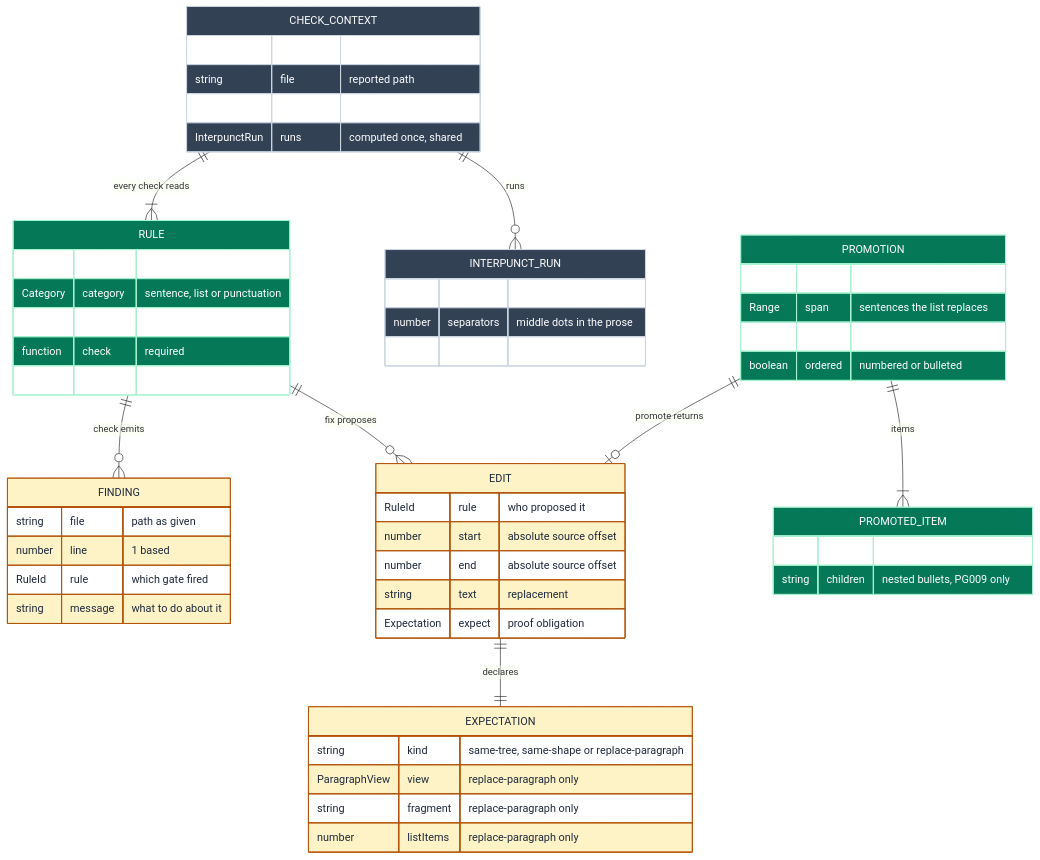
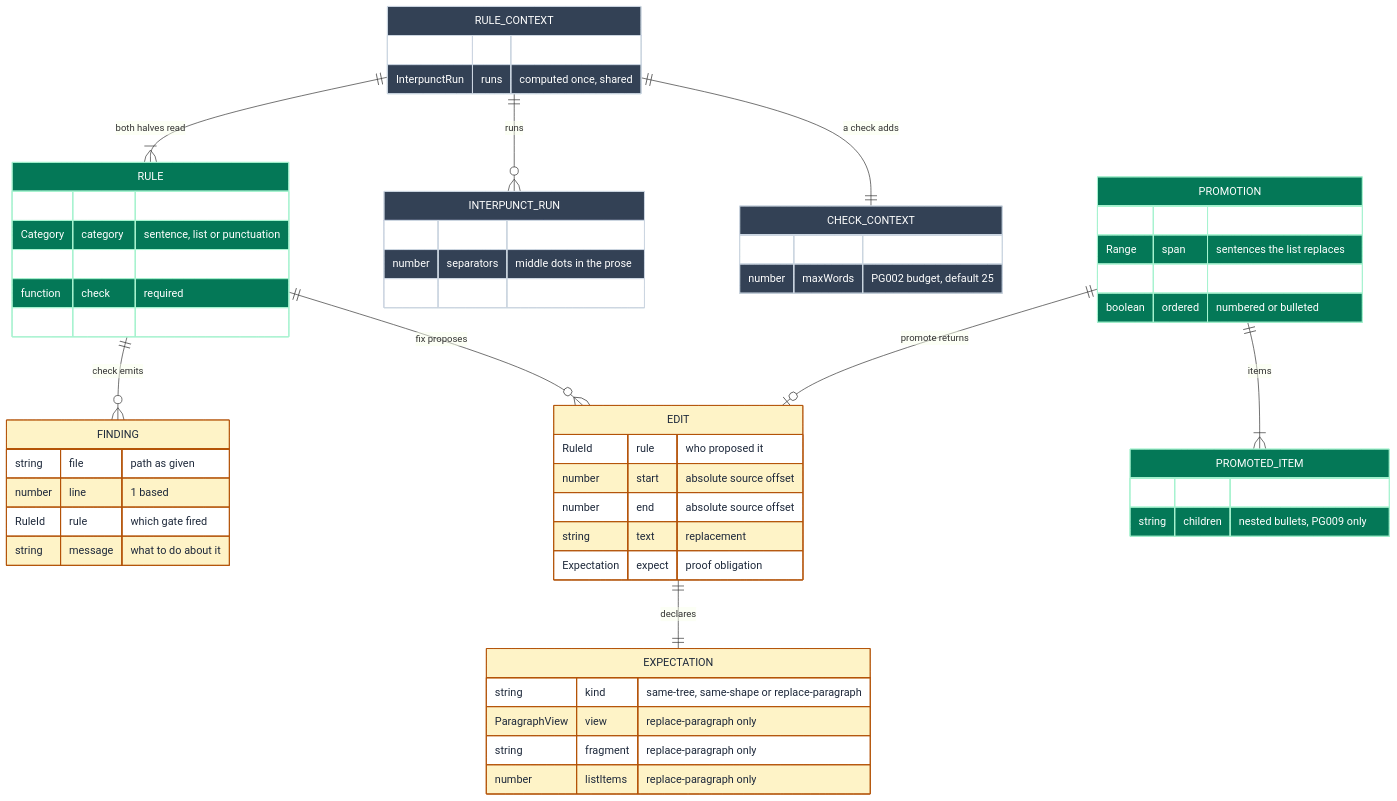
One commit to jpeakai/jpai-prose-gates changed the second of 8 diagrams in docs/DATA_MODEL.md. Above: the diagram before and after it, drawn with Mermaid. The commit also changed other lines of this file and 28 other files, not shown here.

First line of the commit message:
refactor: give every rule one shape and one shared context

````diff
--- a/docs/DATA_MODEL.md
+++ b/docs/DATA_MODEL.md
@@ -118,66 +118,69 @@
 ```mermaid
 erDiagram
     RULE ||--o{ FINDING : "check emits"
     RULE ||--o{ EDIT : "fix proposes"
-    CHECK_CONTEXT ||--|{ RULE : "every check reads"
-    CHECK_CONTEXT ||--o{ INTERPUNCT_RUN : "runs"
+    RULE_CONTEXT ||--|{ RULE : "both halves read"
+    RULE_CONTEXT ||--o{ INTERPUNCT_RUN : "runs"
+    RULE_CONTEXT ||--|| CHECK_CONTEXT : "a check adds"
     EDIT ||--|| EXPECTATION : "declares"
     PROMOTION ||--|{ PROMOTED_ITEM : "items"
     PROMOTION ||--o| EDIT : "promote returns"
 
     RULE {
         RuleId id "PG001 to PG009"
         Category category "sentence, list or punctuation"
         string summary "one line, shown in help"
         function check "required"
         function fix "absent for PG002"
     }
+    RULE_CONTEXT {
+        DocModel doc "the document model"
+        InterpunctRun runs "computed once, shared"
+    }
     CHECK_CONTEXT {
-        DocModel doc "the document model"
         string file "reported path"
         number maxWords "PG002 budget, default 25"
-        InterpunctRun runs "computed once, shared"
     }
     INTERPUNCT_RUN {
         Range range "paragraph bounds"
         number separators "middle dots in the prose"
         number lines "source lines carrying one"
     }
     FINDING {
         string file "path as given"
         number line "1 based"
         RuleId rule "which gate fired"
         string message "what to do about it"
     }
     EDIT {
         RuleId rule "who proposed it"
         number start "absolute source offset"
         number end "absolute source offset"
         string text "replacement"
         Expectation expect "proof obligation"
     }
     EXPECTATION {
         string kind "same-tree, same-shape or replace-paragraph"
         ParagraphView view "replace-paragraph only"
         string fragment "replace-paragraph only"
         number listItems "replace-paragraph only"
     }
     PROMOTION {
         RuleId rule "which list gate"
         Range span "sentences the list replaces"
         string leadIn "text ending in a colon, or null"
         boolean ordered "numbered or bulleted"
     }
     PROMOTED_ITEM {
         string text "one bullet, sliced from source"
         string children "nested bullets, PG009 only"
     }
 
     classDef contract fill:#047857,stroke:#a7f3d0,color:#ffffff
     classDef output   fill:#fef3c7,stroke:#b45309,color:#1e293b
     classDef shared   fill:#334155,stroke:#cbd5e1,color:#ffffff
 
     class RULE,PROMOTION,PROMOTED_ITEM contract
     class FINDING,EDIT,EXPECTATION output
-    class CHECK_CONTEXT,INTERPUNCT_RUN shared
+    class RULE_CONTEXT,CHECK_CONTEXT,INTERPUNCT_RUN shared
 ```
````
